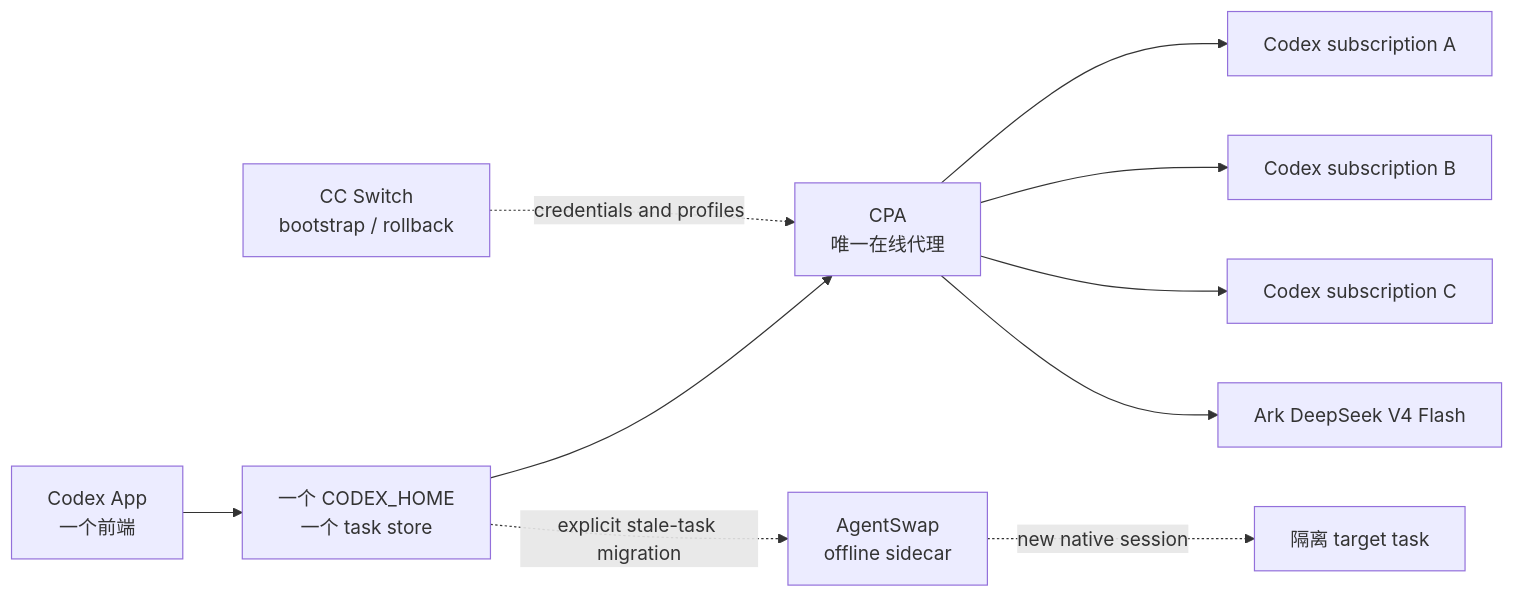
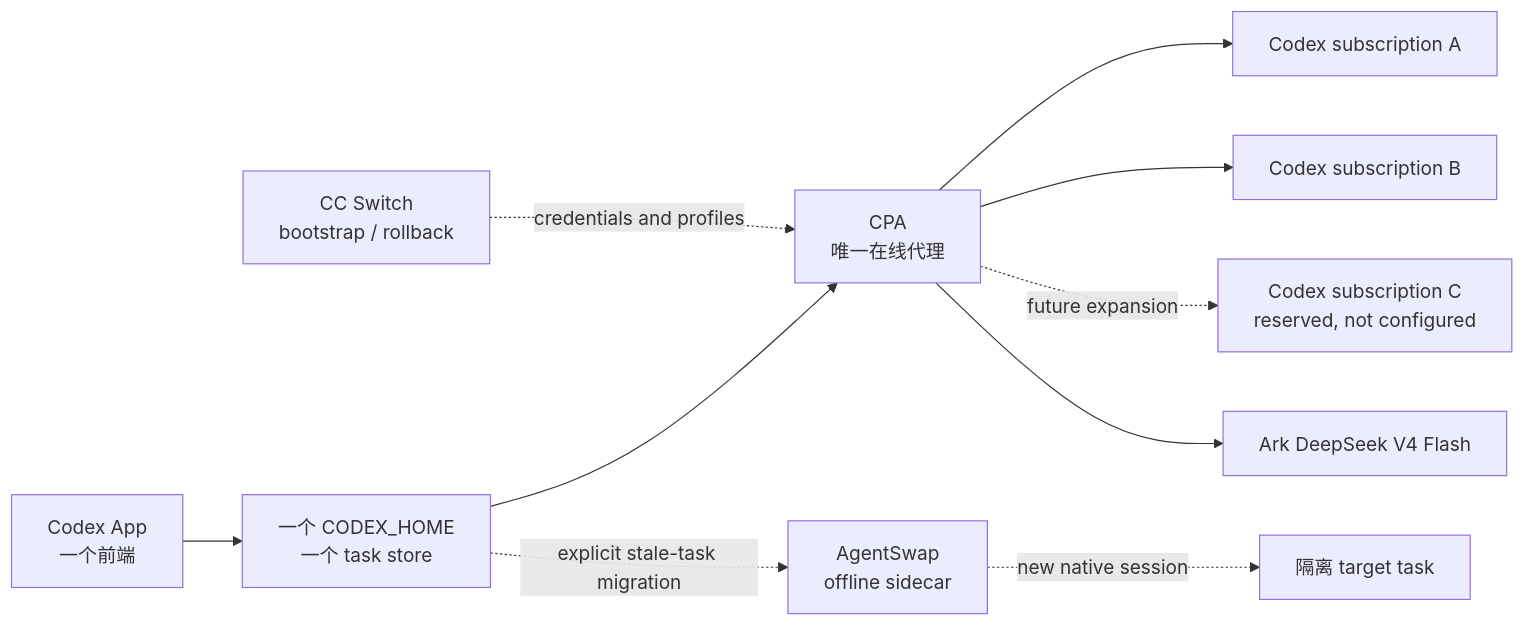
The diagram in docs/guides/codex-app-provider-switching.md (Alicecooo/loopx), drawn with Mermaid before and after one commit. The commit also changed other lines of this file, not shown here.

````diff
--- a/docs/guides/codex-app-provider-switching.md
+++ b/docs/guides/codex-app-provider-switching.md
@@ -44,12 +66,12 @@
 ```mermaid
 flowchart LR
   App[Codex App<br/>一个前端] --> Home[一个 CODEX_HOME<br/>一个 task store]
   Home --> CPA[CPA<br/>唯一在线代理]
   CPA --> A[Codex subscription A]
   CPA --> B[Codex subscription B]
-  CPA --> C[Codex subscription C]
+  CPA -. future expansion .-> C[Codex subscription C<br/>reserved, not configured]
   CPA --> Ark[Ark DeepSeek V4 Flash]
   CCS[CC Switch<br/>bootstrap / rollback] -. credentials and profiles .-> CPA
   Home -. explicit stale-task migration .-> Swap[AgentSwap<br/>offline sidecar]
   Swap -. new native session .-> Quarantine[隔离 target task]
 ```
````
